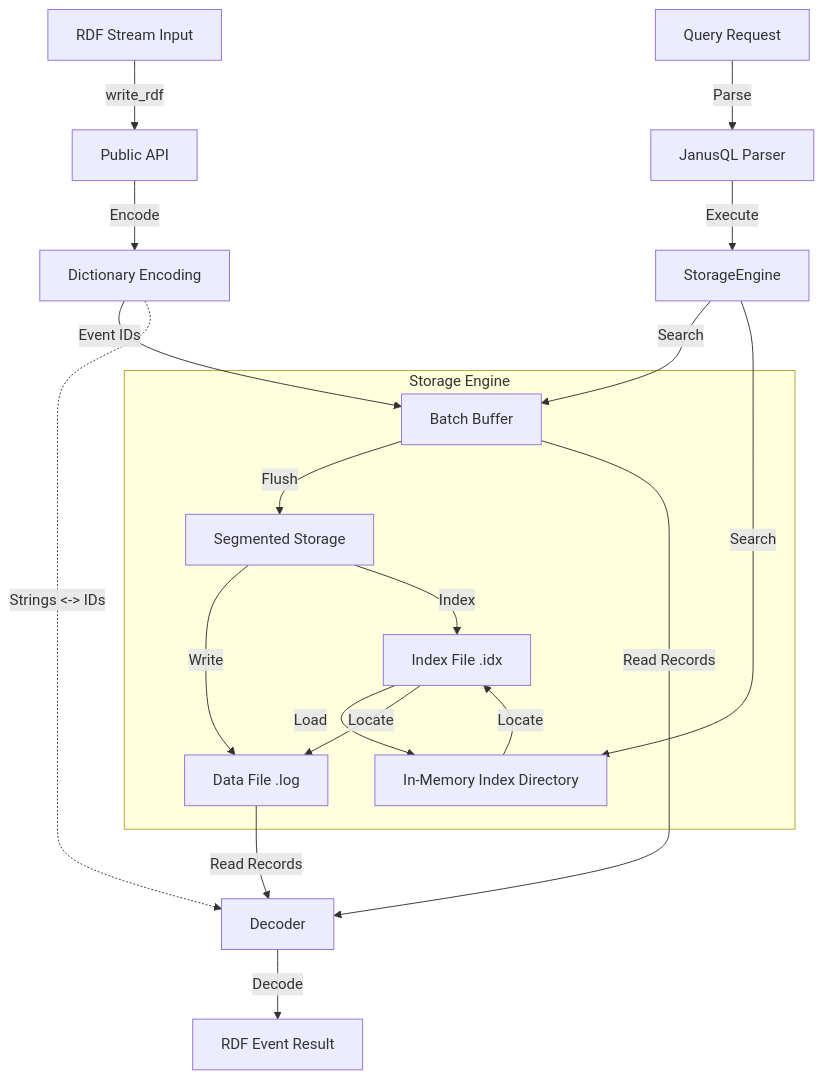
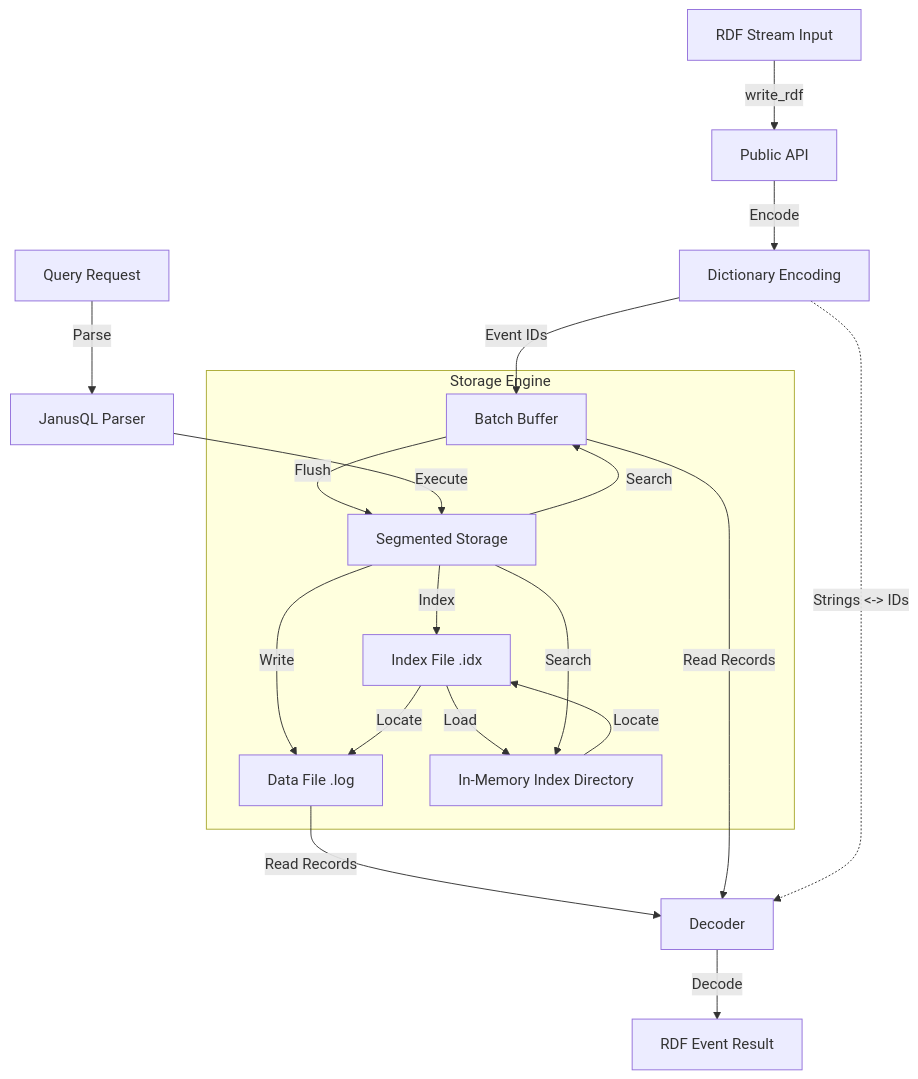
The diagram in ARCHITECTURE.md (SolidLabResearch/janus), drawn with Mermaid before and after one commit. The commit also changed 9 other files, not shown here.

Commit message:
feat: Add historical sliding and fixed window operators, their tests, and update stream module and architecture.

````diff
--- a/ARCHITECTURE.md
+++ b/ARCHITECTURE.md
@@ -11,28 +11,28 @@
 ```mermaid
 graph TD
     Input[RDF Stream Input] -->|write_rdf| API[Public API]
     API -->|Encode| Dictionary[Dictionary Encoding]
     Dictionary -->|Event IDs| BatchBuffer[Batch Buffer]
     
-    subgraph Storage Engine
+    subgraph StorageSystem [Storage Engine]
         BatchBuffer -->|Flush| SegmentedStorage[Segmented Storage]
         SegmentedStorage -->|Write| DataFile[Data File .log]
         SegmentedStorage -->|Index| IndexFile[Index File .idx]
         
         IndexFile -->|Load| InMemoryIndex[In-Memory Index Directory]
     end
     
     Query[Query Request] -->|Parse| Parser[JanusQL Parser]
-    Parser -->|Execute| StorageEngine
+    Parser -->|Execute| SegmentedStorage
     
-    StorageEngine -->|Search| BatchBuffer
-    StorageEngine -->|Search| InMemoryIndex
+    SegmentedStorage -->|Search| BatchBuffer
+    SegmentedStorage -->|Search| InMemoryIndex
     InMemoryIndex -->|Locate| IndexFile
     IndexFile -->|Locate| DataFile
     
     DataFile -->|Read Records| Decoder[Decoder]
     BatchBuffer -->|Read Records| Decoder
     Decoder -->|Decode| Result[RDF Event Result]
     
     Dictionary -.->|Strings <-> IDs| Decoder
 ```
````
